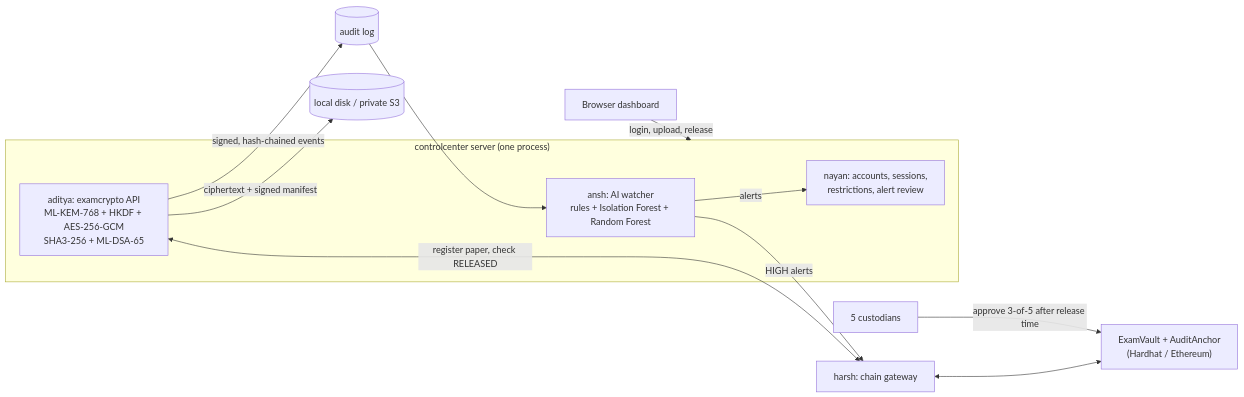
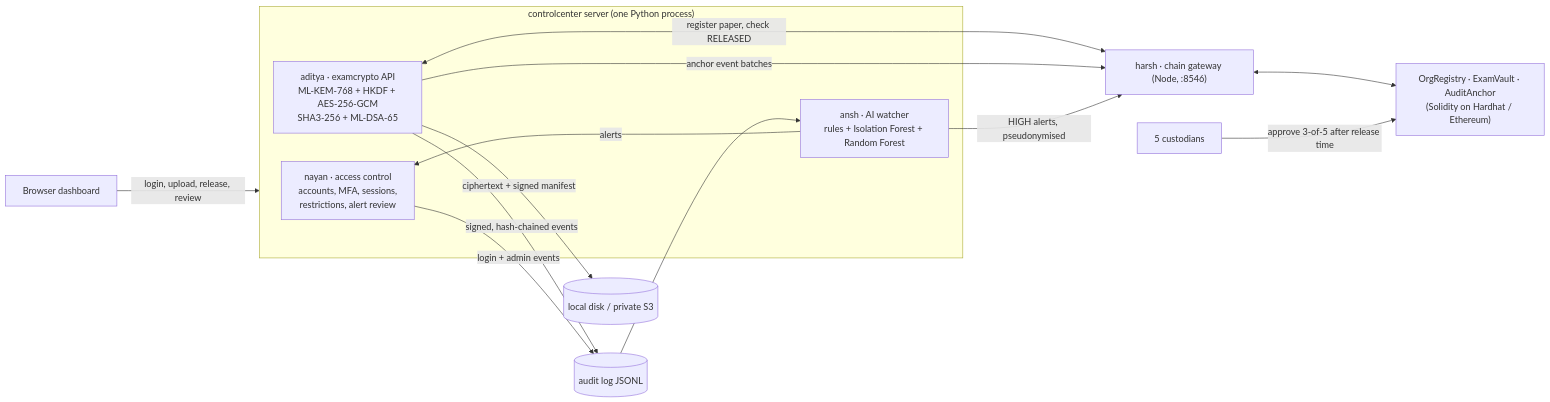
One commit to adityarenushe21/exam-crypto-cloud changed the first of 7 diagrams in README.md. Above: the diagram before and after it, drawn with Mermaid. The commit also changed other lines of this file and 1 other file, not shown here.

First line of the commit message:
Docs: full architecture README and capstone project report

````diff
--- a/README.md
+++ b/README.md
@@ -16,16 +44,18 @@
 ```mermaid
 flowchart LR
-  U[Browser dashboard] -->|login, upload, release| CC
-  subgraph CC["controlcenter server (one process)"]
-    AUTH["nayan: accounts, sessions,<br/>restrictions, alert review"]
-    API["aditya: examcrypto API<br/>ML-KEM-768 + HKDF + AES-256-GCM<br/>SHA3-256 + ML-DSA-65"]
-    AI["ansh: AI watcher<br/>rules + Isolation Forest + Random Forest"]
+  U[Browser dashboard] -->|login, upload, release, review| CC
+  subgraph CC["controlcenter server (one Python process)"]
+    AUTH["nayan · access control<br/>accounts, MFA, sessions,<br/>restrictions, alert review"]
+    API["aditya · examcrypto API<br/>ML-KEM-768 + HKDF + AES-256-GCM<br/>SHA3-256 + ML-DSA-65"]
+    AI["ansh · AI watcher<br/>rules + Isolation Forest + Random Forest"]
   end
   API -->|ciphertext + signed manifest| ST[(local disk / private S3)]
-  API -->|signed, hash-chained events| LOG[(audit log)]
+  API -->|signed, hash-chained events| LOG[(audit log JSONL)]
+  AUTH -->|login + admin events| LOG
   LOG --> AI -->|alerts| AUTH
-  API <-->|register paper, check RELEASED| GW["harsh: chain gateway"]
-  AI -->|HIGH alerts| GW
-  GW <--> BC["ExamVault + AuditAnchor<br/>(Hardhat / Ethereum)"]
+  API <-->|register paper, check RELEASED| GW["harsh · chain gateway (Node, :8546)"]
+  API -->|anchor event batches| GW
+  AI -->|HIGH alerts, pseudonymised| GW
+  GW <--> BC["OrgRegistry · ExamVault · AuditAnchor<br/>(Solidity on Hardhat / Ethereum)"]
   C[5 custodians] -->|approve 3-of-5 after release time| BC
 ```
````
